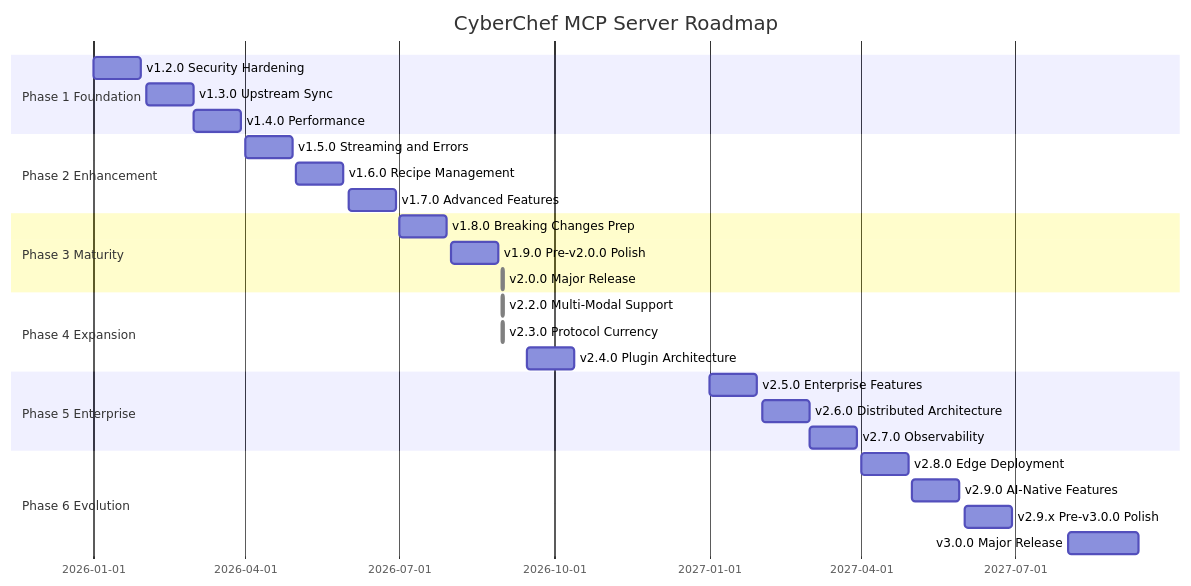
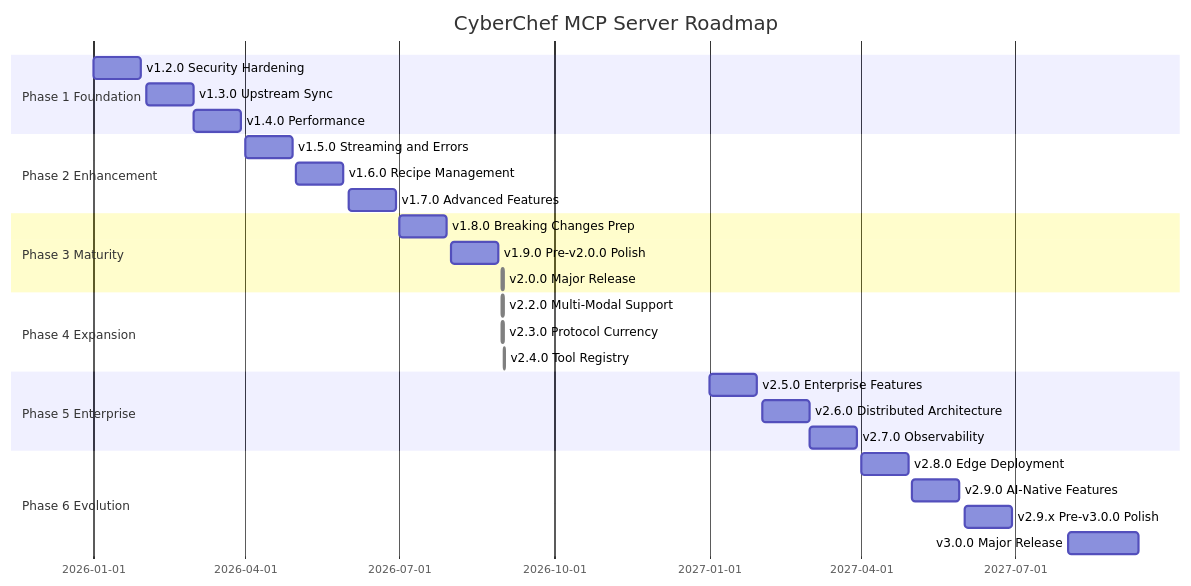
One commit to doublegate/CyberChef-MCP changed the diagram in docs/planning/ROADMAP.md. Above: the diagram before and after it, drawn with Mermaid. The commit also changed other lines of this file and 11 other files, not shown here.

````diff
--- a/docs/planning/ROADMAP.md
+++ b/docs/planning/ROADMAP.md
@@ -46,30 +46,30 @@
 ```mermaid
 gantt
     title CyberChef MCP Server Roadmap
     dateFormat YYYY-MM-DD
     section Phase 1 Foundation
     v1.2.0 Security Hardening           :2026-01-01, 4w
     v1.3.0 Upstream Sync                :2026-02-01, 4w
     v1.4.0 Performance                  :2026-03-01, 4w
     section Phase 2 Enhancement
     v1.5.0 Streaming and Errors         :2026-04-01, 4w
     v1.6.0 Recipe Management            :2026-05-01, 4w
     v1.7.0 Advanced Features            :2026-06-01, 4w
     section Phase 3 Maturity
     v1.8.0 Breaking Changes Prep        :2026-07-01, 4w
     v1.9.0 Pre-v2.0.0 Polish            :2026-08-01, 4w
     v2.0.0 Major Release                :done, 2026-08-31, 1d
     section Phase 4 Expansion
     v2.2.0 Multi-Modal Support          :done, 2026-08-31, 1d
     v2.3.0 Protocol Currency            :done, 2026-08-31, 1d
-    v2.4.0 Plugin Architecture          :2026-09-15, 4w
+    v2.4.0 Tool Registry                :done, 2026-09-01, 1d
     section Phase 5 Enterprise
     v2.5.0 Enterprise Features          :2027-01-01, 4w
     v2.6.0 Distributed Architecture     :2027-02-01, 4w
     v2.7.0 Observability                :2027-03-01, 4w
     section Phase 6 Evolution
     v2.8.0 Edge Deployment              :2027-04-01, 4w
     v2.9.0 AI-Native Features           :2027-05-01, 4w
     v2.9.x Pre-v3.0.0 Polish            :2027-06-01, 4w
     v3.0.0 Major Release                :2027-08-01, 6w
 ```
````
